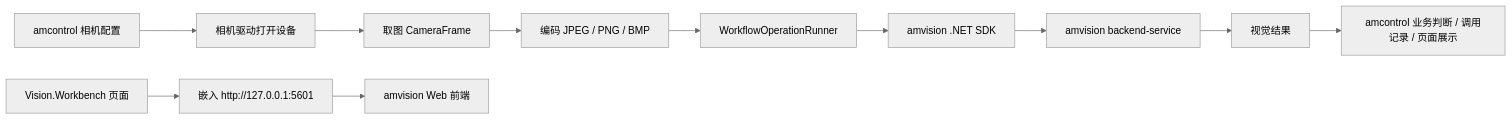
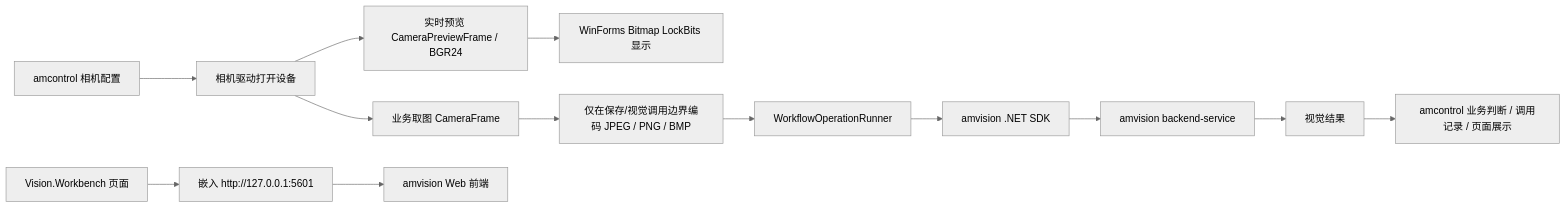
The diagram in Docs/03-features/vision-camera-sdk-integration-planning.md (ammm56/amcontrol), drawn with Mermaid (neutral theme) before and after one commit. The commit also changed other lines of this file and 12 other files, not shown here.

First line of the commit message:
feat(camera): 完善相机配置与预览取图链路

````diff
--- a/Docs/03-features/vision-camera-sdk-integration-planning.md
+++ b/Docs/03-features/vision-camera-sdk-integration-planning.md
@@ -65,14 +65,16 @@
 ```mermaid
 flowchart LR
     A["amcontrol 相机配置"] --> B["相机驱动打开设备"]
-    B --> C["取图 CameraFrame"]
-    C --> D["编码 JPEG / PNG / BMP"]
-    D --> E["WorkflowOperationRunner"]
+    B --> C1["实时预览 CameraPreviewFrame / BGR24"]
+    C1 --> C2["WinForms Bitmap LockBits 显示"]
+    B --> D1["业务取图 CameraFrame"]
+    D1 --> D2["仅在保存/视觉调用边界编码 JPEG / PNG / BMP"]
+    D2 --> E["WorkflowOperationRunner"]
     E --> F["amvision .NET SDK"]
     F --> G["amvision backend-service"]
     G --> H["视觉结果"]
     H --> I["amcontrol 业务判断 / 调用记录 / 页面展示"]
 
     J["Vision.Workbench 页面"] --> K["嵌入 http://127.0.0.1:5601"]
     K --> L["amvision Web 前端"]
 ```
````
